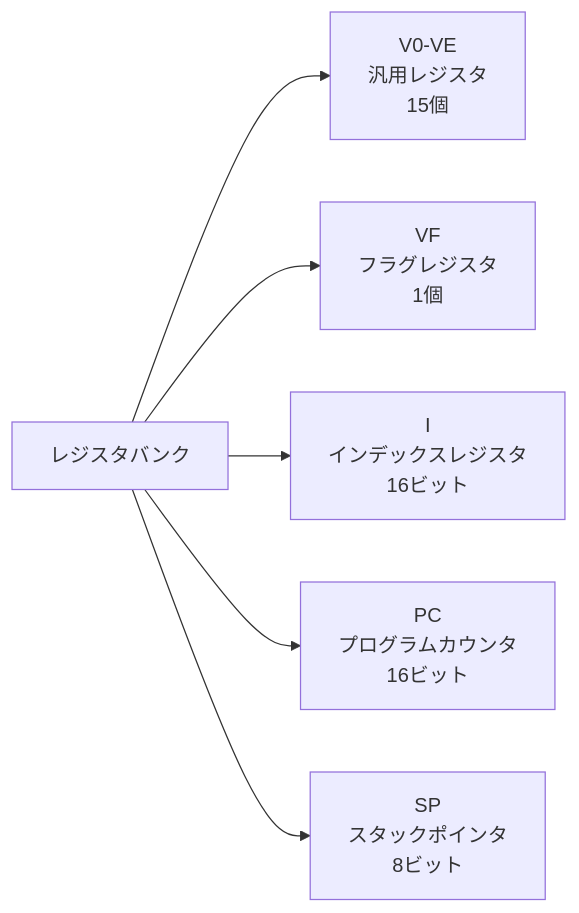
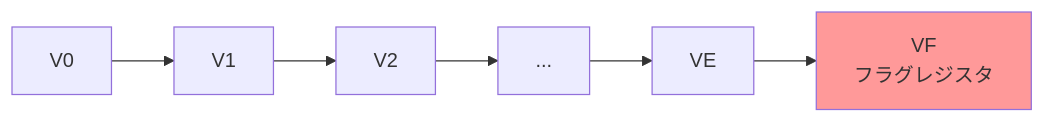
One commit to takeokunn/cl-chip8 changed the first of 2 diagrams in docs/reference/01-instruction-set.md. Above: the diagram before and after it, drawn with Mermaid. The commit also changed other lines of this file and 27 other files, not shown here.

````diff
--- a/docs/reference/01-instruction-set.md
+++ b/docs/reference/01-instruction-set.md
@@ -19,8 +65,10 @@
 ```mermaid
 graph LR
-    A[レジスタバンク] --> B[V0-VE<br/>汎用レジスタ<br/>15個]
-    A --> C[VF<br/>フラグレジスタ<br/>1個]
-    A --> D[I<br/>インデックスレジスタ<br/>16ビット]
-    A --> E[PC<br/>プログラムカウンタ<br/>16ビット]
-    A --> F[SP<br/>スタックポインタ<br/>8ビット]
+    A[V0] --> B[V1]
+    B --> C[V2]
+    C --> D[...]
+    D --> E[VE]
+    E --> F[VF<br/>フラグレジスタ]
+
+    style F fill:#ff9999
 ```
````
